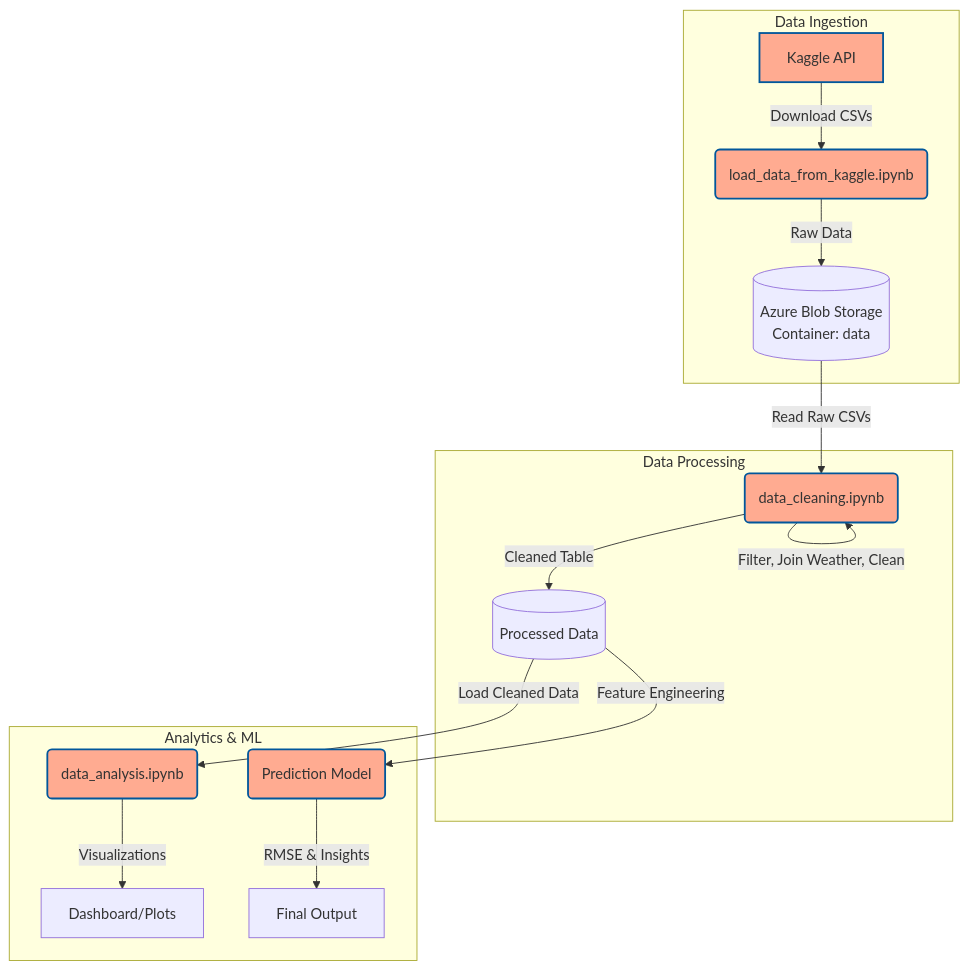
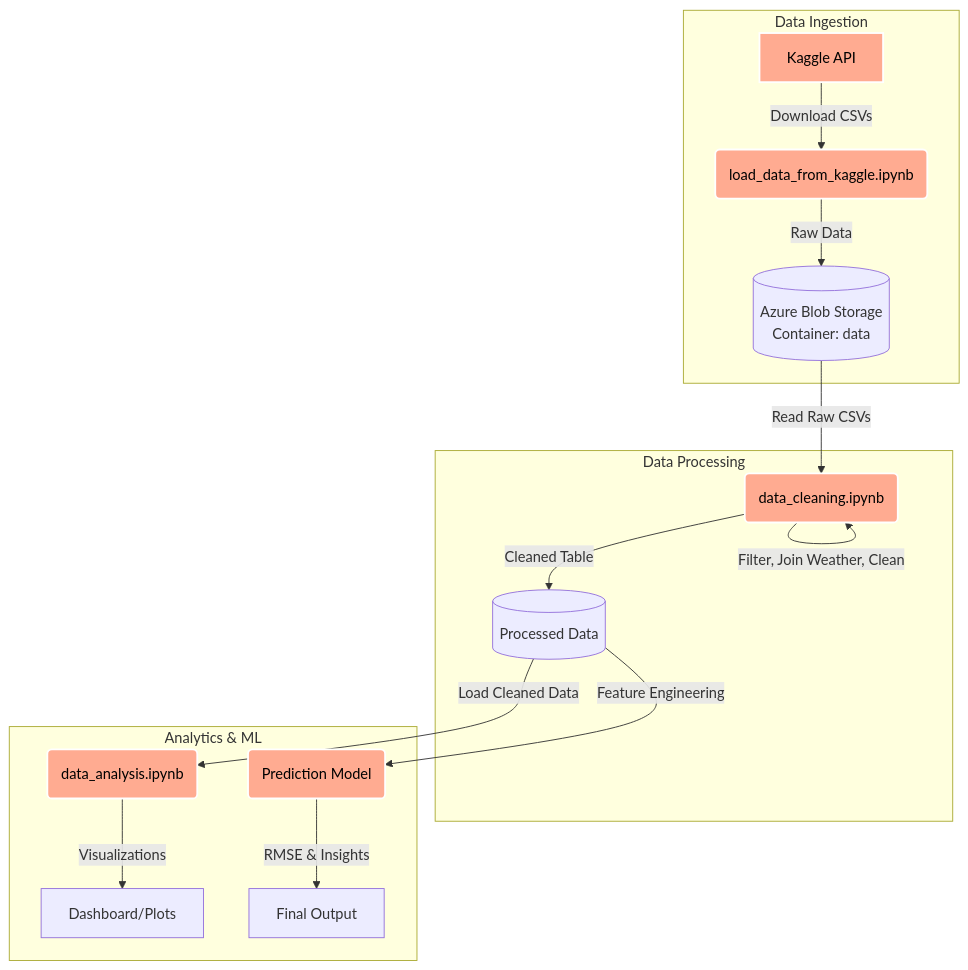
One commit to Kamicia8/databricks-flight-lakehouse changed the diagram in README.md. Above: the diagram before and after it, drawn with Mermaid. The commit also changed other lines of this file, not shown here.

````diff
--- a/README.md
+++ b/README.md
@@ -57,23 +54,23 @@
 ```mermaid
 graph TD
     subgraph Ingestion [Data Ingestion]
         K[Kaggle API] -->|Download CSVs| L(load_data_from_kaggle.ipynb)
         L -->|Raw Data| S1[(Azure Blob Storage<br/>Container: data)]
     end
 
     subgraph Processing [Data Processing]
         S1 -->|Read Raw CSVs| C(data_cleaning.ipynb)
         C -->|Filter, Join Weather, Clean| C
         C -->|Cleaned Table| S2[(Processed Data)]
     end
 
     subgraph Analytics [Analytics & ML]
         S2 -->|Load Cleaned Data| A(data_analysis.ipynb)
         S2 -->|Feature Engineering| P(Prediction Model)
         A -->|Visualizations| D[Dashboard/Plots]
         P -->|RMSE & Insights| O[Final Output]
     end
 
-    classDef green fill:#ffab91,stroke:#01579b,stroke-width:2px;
+    classDef green fill:#ffab91,stroke:#ffffff,stroke-width:2px,color:#000000;
     class K,L,C,A,P green
 ```
````
